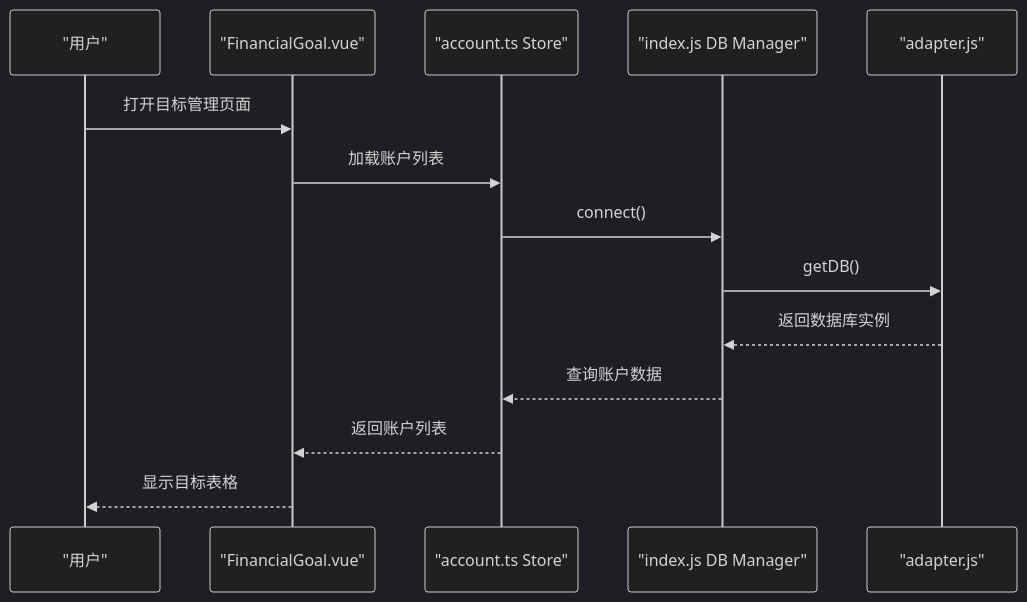
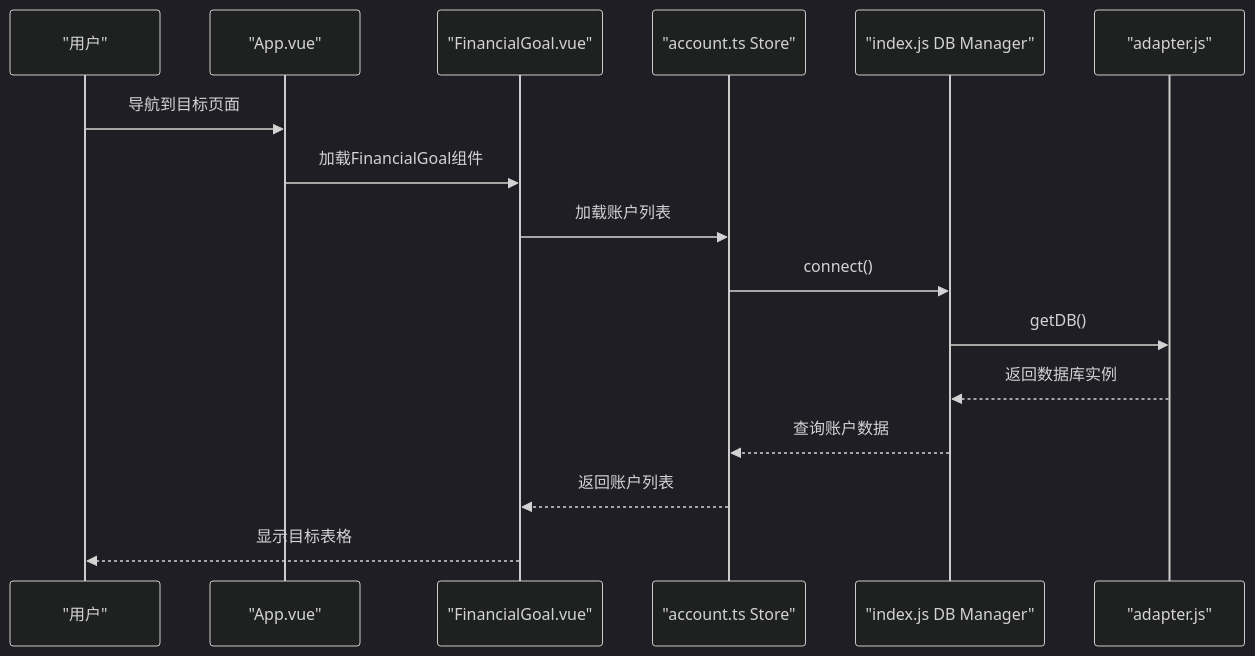
The second of 5 diagrams in .qoder/repowiki/zh/content/财务分析/财务目标.md (xiao-lin-unit/yuan), drawn with Mermaid (dark theme) before and after one commit. The commit also changed other lines of this file and 15 other files, not shown here.

````diff
--- a/.qoder/repowiki/zh/content/财务分析/财务目标.md
+++ b/.qoder/repowiki/zh/content/财务分析/财务目标.md
@@ -108,16 +132,18 @@
 ```mermaid
 sequenceDiagram
 participant U as "用户"
+participant APP as "App.vue"
 participant V as "FinancialGoal.vue"
 participant S as "account.ts Store"
 participant D as "index.js DB Manager"
 participant P as "adapter.js"
-U->>V : 打开目标管理页面
+U->>APP : 导航到目标页面
+APP->>V : 加载FinancialGoal组件
 V->>S : 加载账户列表
 S->>D : connect()
 D->>P : getDB()
 P-->>D : 返回数据库实例
 D-->>S : 查询账户数据
 S-->>V : 返回账户列表
 V-->>U : 显示目标表格
 ```
````
